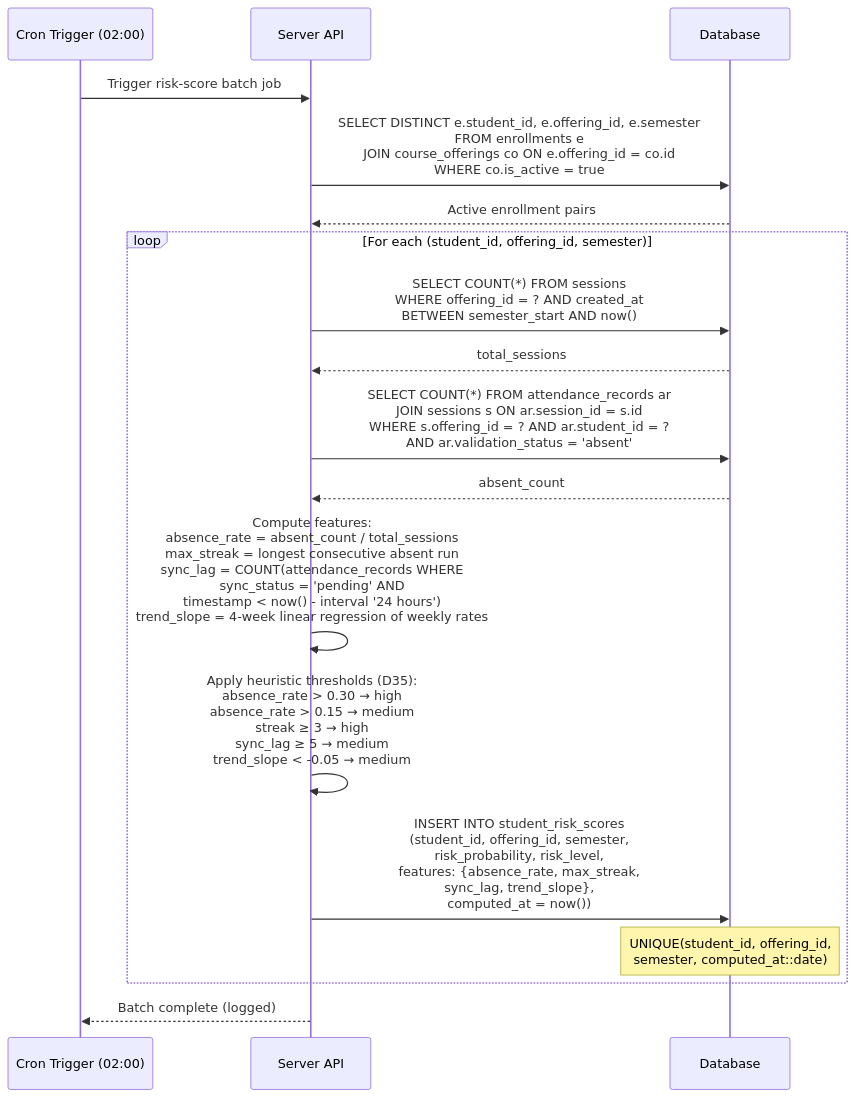
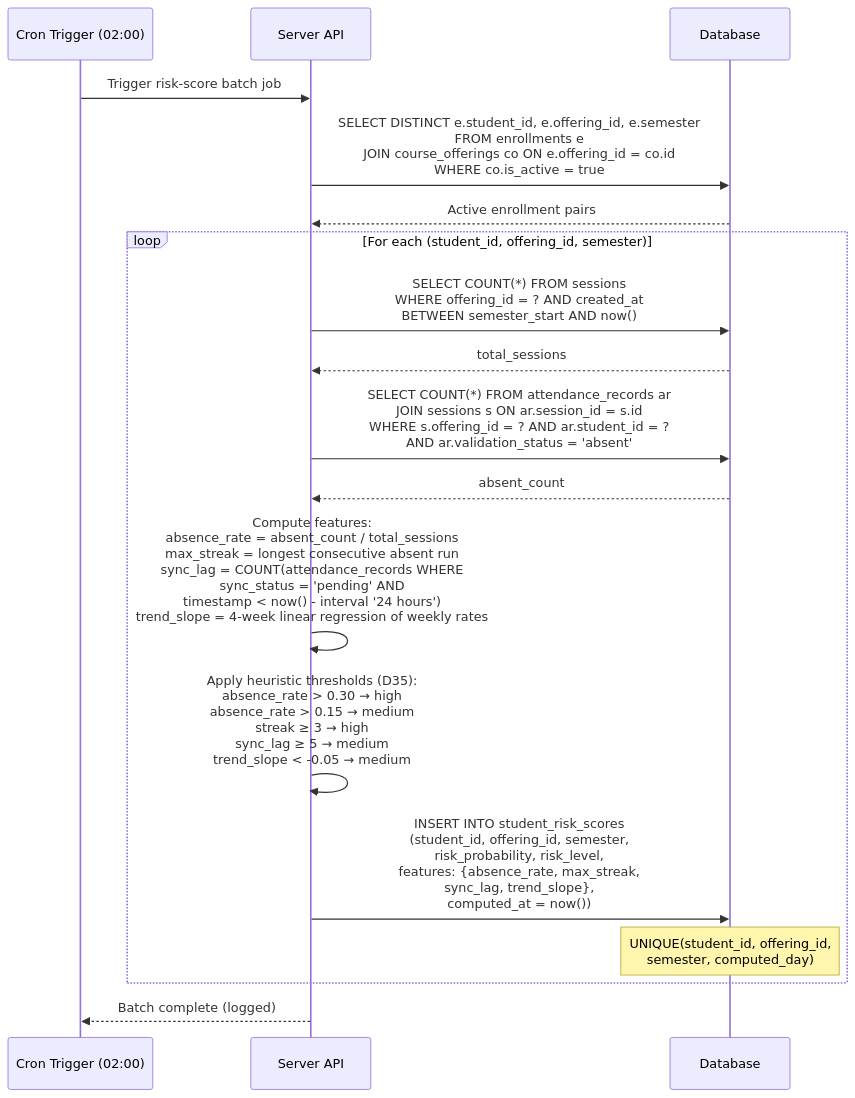
Before and after one commit to dhenji/qr_based_attendance_system: the sixth of 7 diagrams in docs/architecture/data-flow.md, drawn with Mermaid. The commit also changed 16 other files, not shown here.

````diff
--- a/docs/architecture/data-flow.md
+++ b/docs/architecture/data-flow.md
@@ -198,28 +198,28 @@
 ```mermaid
 sequenceDiagram
     participant CRON as Cron Trigger (02:00)
     participant API as Server API
     participant DB as Database
 
     CRON->>API: Trigger risk-score batch job
 
     API->>DB: SELECT DISTINCT e.student_id, e.offering_id, e.semester<br>FROM enrollments e<br>JOIN course_offerings co ON e.offering_id = co.id<br>WHERE co.is_active = true
     DB-->>API: Active enrollment pairs
 
     loop For each (student_id, offering_id, semester)
         API->>DB: SELECT COUNT(*) FROM sessions<br>WHERE offering_id = ? AND created_at<br>BETWEEN semester_start AND now()
         DB-->>API: total_sessions
 
         API->>DB: SELECT COUNT(*) FROM attendance_records ar<br>JOIN sessions s ON ar.session_id = s.id<br>WHERE s.offering_id = ? AND ar.student_id = ?<br>AND ar.validation_status = 'absent'
         DB-->>API: absent_count
 
         API->>API: Compute features:<br>absence_rate = absent_count / total_sessions<br>max_streak = longest consecutive absent run<br>sync_lag = COUNT(attendance_records WHERE<br>sync_status = 'pending' AND<br>timestamp < now() - interval '24 hours')<br>trend_slope = 4-week linear regression of weekly rates
 
         API->>API: Apply heuristic thresholds (D35):<br>absence_rate > 0.30 → high<br>absence_rate > 0.15 → medium<br>streak ≥ 3 → high<br>sync_lag ≥ 5 → medium<br>trend_slope < -0.05 → medium
 
         API->>DB: INSERT INTO student_risk_scores<br>(student_id, offering_id, semester,<br>risk_probability, risk_level,<br>features: {absence_rate, max_streak,<br>sync_lag, trend_slope},<br>computed_at = now())
-        Note over DB: UNIQUE(student_id, offering_id,<br>semester, computed_at::date)
+        Note over DB: UNIQUE(student_id, offering_id,<br>semester, computed_day)
     end
 
     API-->>CRON: Batch complete (logged)
 ```
````
